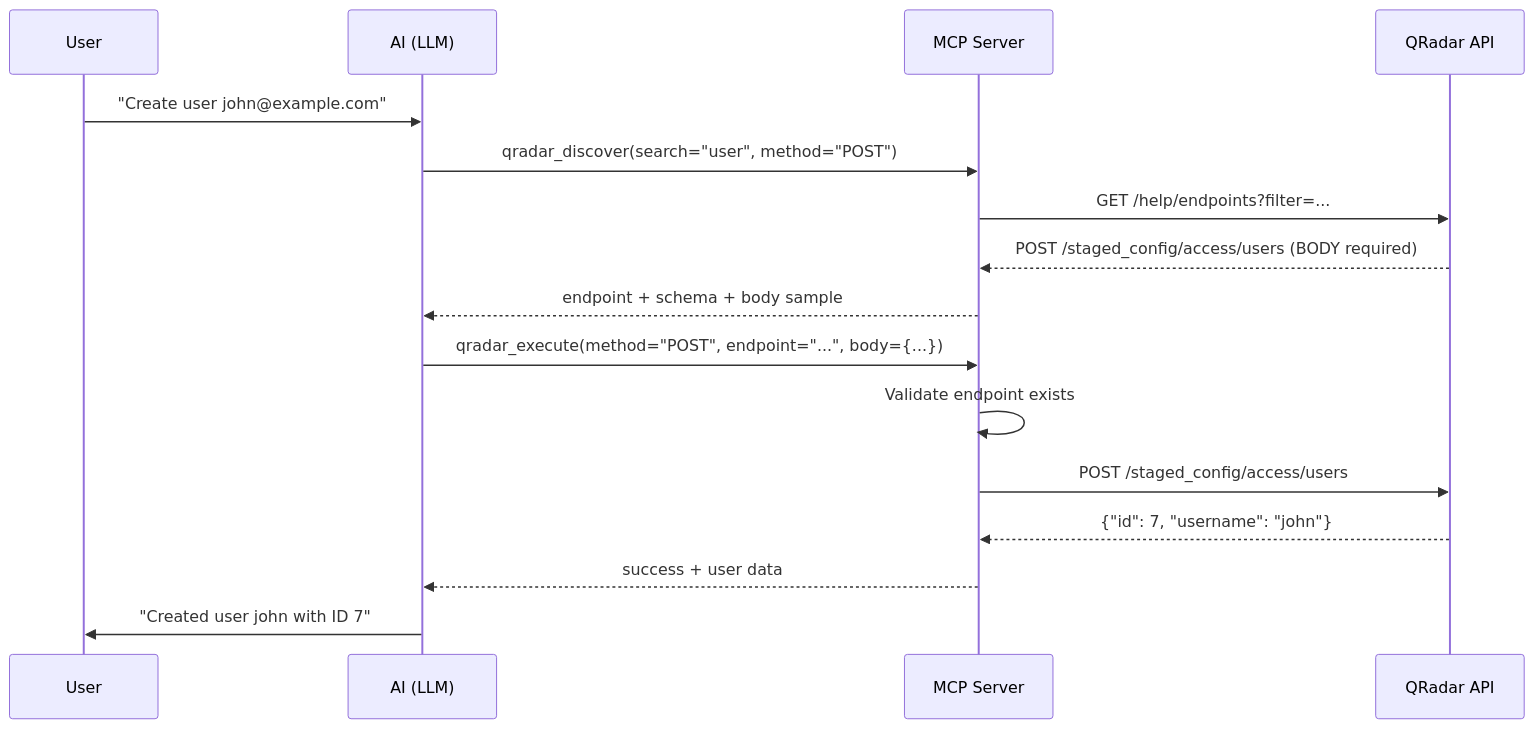
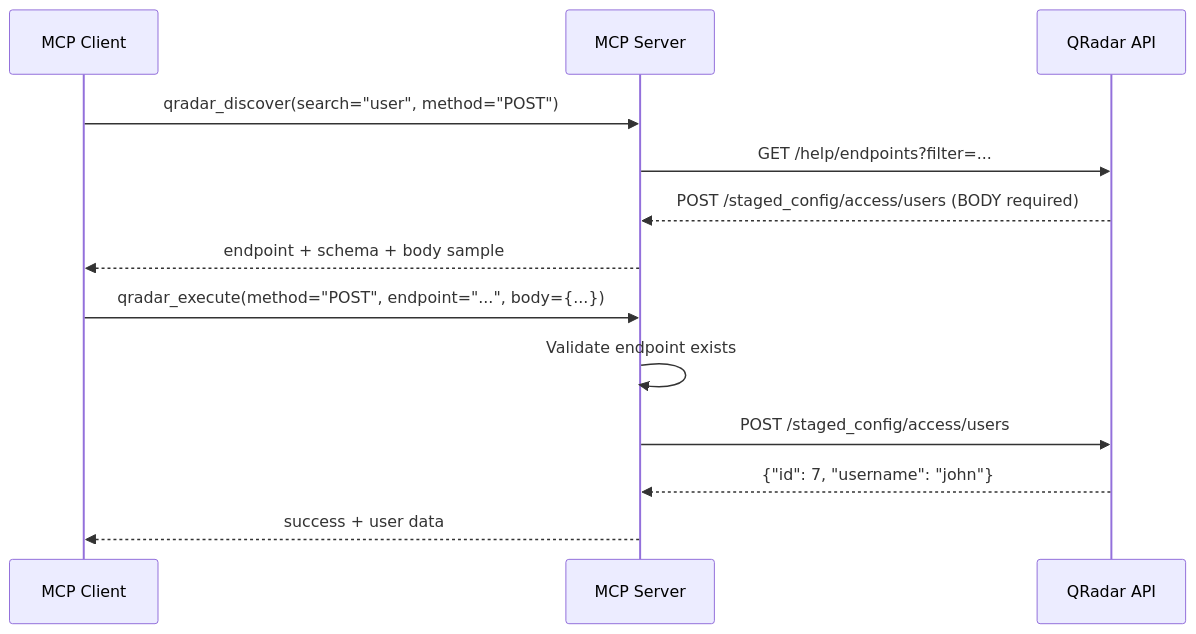
One commit to IBM/qradar-mcp-server changed the third of 3 diagrams in README.md. Above: the diagram before and after it, drawn with Mermaid. The commit also changed other lines of this file, not shown here.

Commit message:
Refactored README - focus on MCP protocol

````diff
--- a/README.md
+++ b/README.md
@@ -46,22 +62,17 @@
 ```mermaid
 sequenceDiagram
-    participant User
-    participant AI as AI (LLM)
-    participant MCP as MCP Server
+    participant Client as MCP Client
+    participant Server as MCP Server
     participant QRadar as QRadar API
 
-    User->>AI: "Create user john@example.com"
+    Client->>Server: qradar_discover(search="user", method="POST")
+    Server->>QRadar: GET /help/endpoints?filter=...
+    QRadar-->>Server: POST /staged_config/access/users (BODY required)
+    Server-->>Client: endpoint + schema + body sample
     
-    AI->>MCP: qradar_discover(search="user", method="POST")
-    MCP->>QRadar: GET /help/endpoints?filter=...
-    QRadar-->>MCP: POST /staged_config/access/users (BODY required)
-    MCP-->>AI: endpoint + schema + body sample
-    
-    AI->>MCP: qradar_execute(method="POST", endpoint="...", body={...})
-    MCP->>MCP: Validate endpoint exists
-    MCP->>QRadar: POST /staged_config/access/users
-    QRadar-->>MCP: {"id": 7, "username": "john"}
-    MCP-->>AI: success + user data
-    
-    AI->>User: "Created user john with ID 7"
+    Client->>Server: qradar_execute(method="POST", endpoint="...", body={...})
+    Server->>Server: Validate endpoint exists
+    Server->>QRadar: POST /staged_config/access/users
+    QRadar-->>Server: {"id": 7, "username": "john"}
+    Server-->>Client: success + user data
 ```
````
